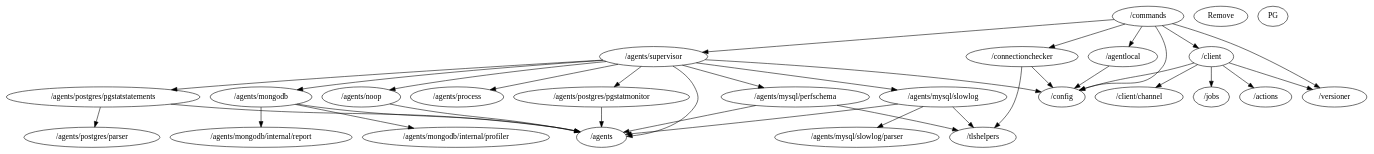
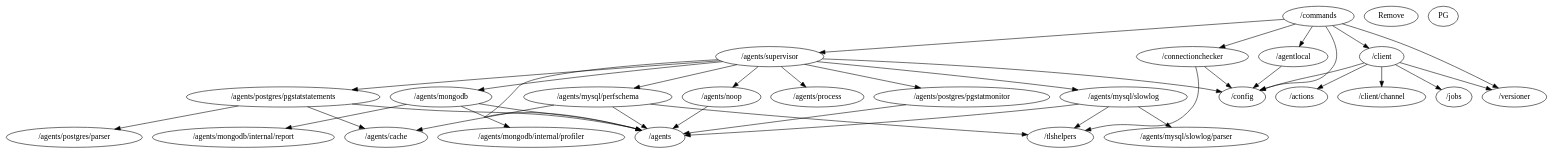
The diagram in packages.dot (percona/pmm-agent), drawn with Graphviz before and after one commit. The commit also changed 22 other files, not shown here.

```diff
--- a/packages.dot
+++ b/packages.dot
@@ -1,37 +1,39 @@
 digraph packages {
 	"/agentlocal" -> "/config";
 	"/agents/mongodb" -> "/agents";
 	"/agents/mongodb" -> "/agents/mongodb/internal/profiler";
 	"/agents/mongodb" -> "/agents/mongodb/internal/report";
 	"/agents/mysql/perfschema" -> "/agents";
+	"/agents/mysql/perfschema" -> "/agents/cache";
 	"/agents/mysql/perfschema" -> "/tlshelpers";
 	"/agents/mysql/slowlog" -> "/agents";
 	"/agents/mysql/slowlog" -> "/agents/mysql/slowlog/parser";
 	"/agents/mysql/slowlog" -> "/tlshelpers";
 	"/agents/noop" -> "/agents";
 	"/agents/postgres/pgstatmonitor" -> "/agents";
 	"/agents/postgres/pgstatstatements" -> "/agents";
+	"/agents/postgres/pgstatstatements" -> "/agents/cache";
 	"/agents/postgres/pgstatstatements" -> "/agents/postgres/parser";
 	"/agents/supervisor" -> "/agents";
 	"/agents/supervisor" -> "/agents/mongodb";
 	"/agents/supervisor" -> "/agents/mysql/perfschema";
 	"/agents/supervisor" -> "/agents/mysql/slowlog";
 	"/agents/supervisor" -> "/agents/noop";
 	"/agents/supervisor" -> "/agents/postgres/pgstatmonitor";
 	"/agents/supervisor" -> "/agents/postgres/pgstatstatements";
 	"/agents/supervisor" -> "/agents/process";
 	"/agents/supervisor" -> "/config";
 	"/client" -> "/actions";
 	"/client" -> "/client/channel";
 	"/client" -> "/config";
 	"/client" -> "/jobs";
 	"/client" -> "/versioner";Remove PG
 	"/commands" -> "/agentlocal";
 	"/commands" -> "/agents/supervisor";
 	"/commands" -> "/client";
 	"/commands" -> "/config";
 	"/commands" -> "/connectionchecker";
 	"/commands" -> "/versioner";
 	"/connectionchecker" -> "/config";
 	"/connectionchecker" -> "/tlshelpers";
 }
```
